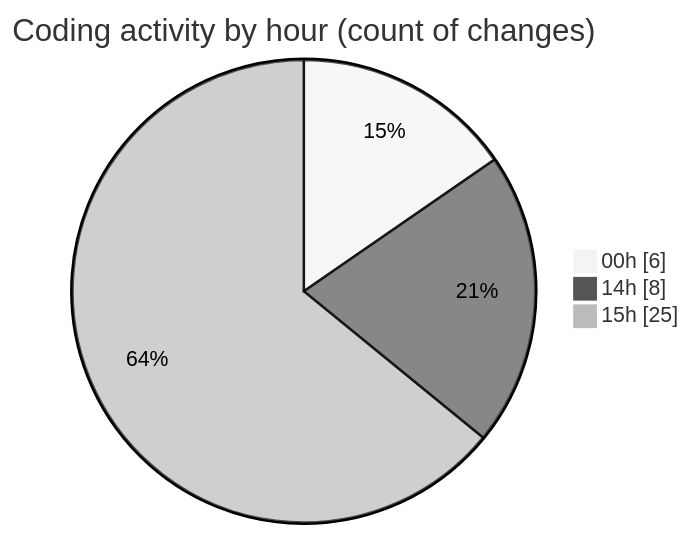
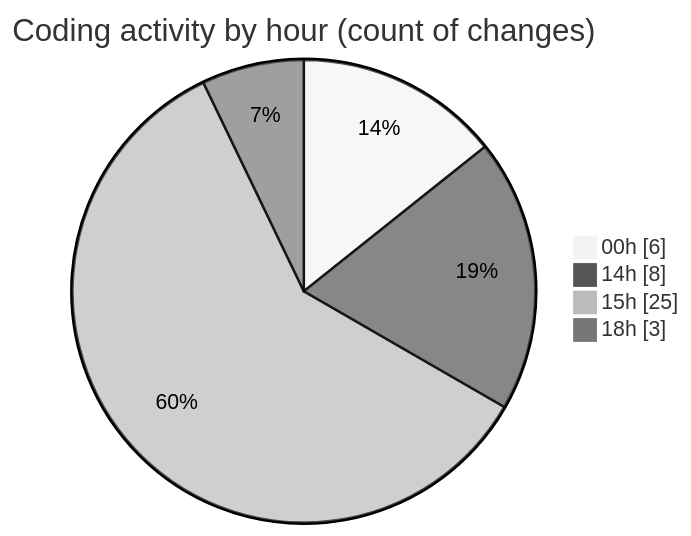
Before and after one commit to MatusMokan/code-tracking: the second of 2 diagrams in 2025-03-15/myws__workspace_/README.md, drawn with Mermaid (neutral theme). The commit also changed other lines of this file and 1 other file, not shown here.

````diff
--- a/2025-03-15/myws__workspace_/README.md
+++ b/2025-03-15/myws__workspace_/README.md
@@ -30,7 +30,8 @@
 ```mermaid
 pie showData
 title Coding activity by hour (count of changes)
 "00h" : 6
 "14h" : 8
 "15h" : 25
+"18h" : 3
 ```
````
